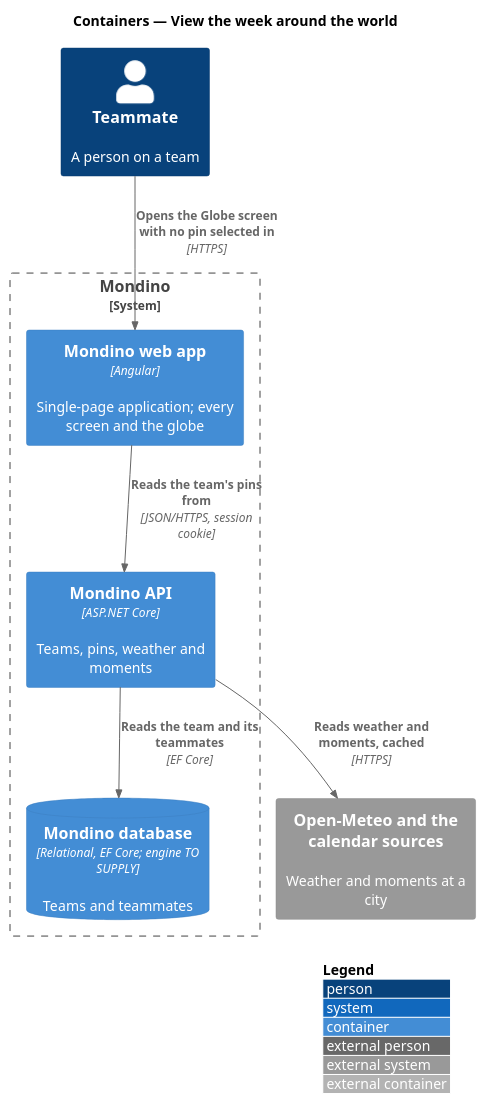
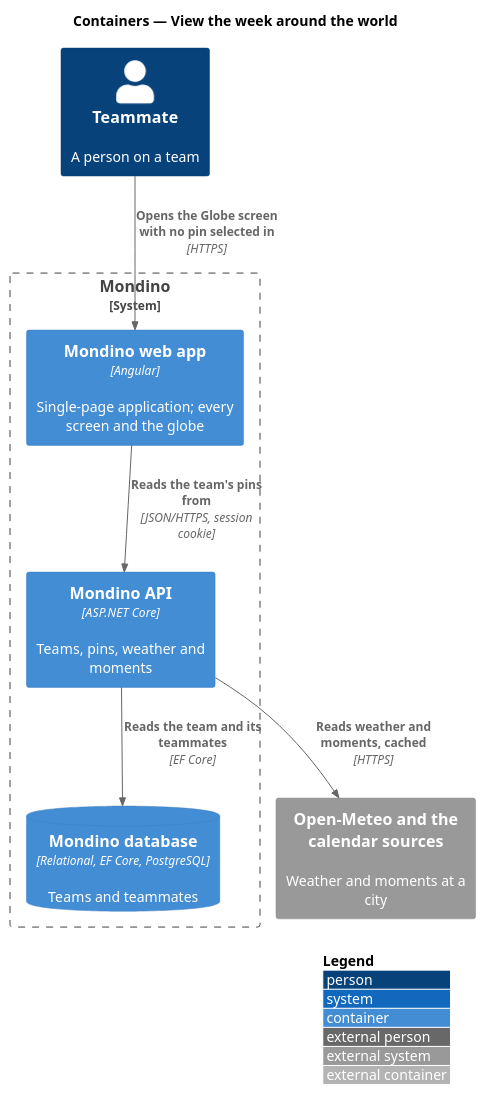
Before and after one commit to QuinntyneBrown/Mondino: the diagram in docs/detailed-designs/team/view-week-around-the-world/diagrams/c4-container.puml, drawn with PlantUML. The commit also changed 67 other files, not shown here.

```diff
--- a/docs/detailed-designs/team/view-week-around-the-world/diagrams/c4-container.puml
+++ b/docs/detailed-designs/team/view-week-around-the-world/diagrams/c4-container.puml
@@ -1,18 +1,18 @@
 @startuml
 !include <C4/C4_Container>
 LAYOUT_WITH_LEGEND()
 title Containers — View the week around the world
 
 Person(teammate, "Teammate", "A person on a team")
 System_Boundary(mondino, "Mondino") {
   Container(web, "Mondino web app", "Angular", "Single-page application; every screen and the globe")
   Container(api, "Mondino API", "ASP.NET Core", "Teams, pins, weather and moments")
-  ContainerDb(db, "Mondino database", "Relational, EF Core; engine TO SUPPLY", "Teams and teammates")
+  ContainerDb(db, "Mondino database", "Relational, EF Core, PostgreSQL", "Teams and teammates")
 }
 System_Ext(sources, "Open-Meteo and the calendar sources", "Weather and moments at a city")
 
 Rel(teammate, web, "Opens the Globe screen with no pin selected in", "HTTPS")
 Rel(web, api, "Reads the team's pins from", "JSON/HTTPS, session cookie")
 Rel(api, db, "Reads the team and its teammates", "EF Core")
 Rel(api, sources, "Reads weather and moments, cached", "HTTPS")
 @enduml
```
